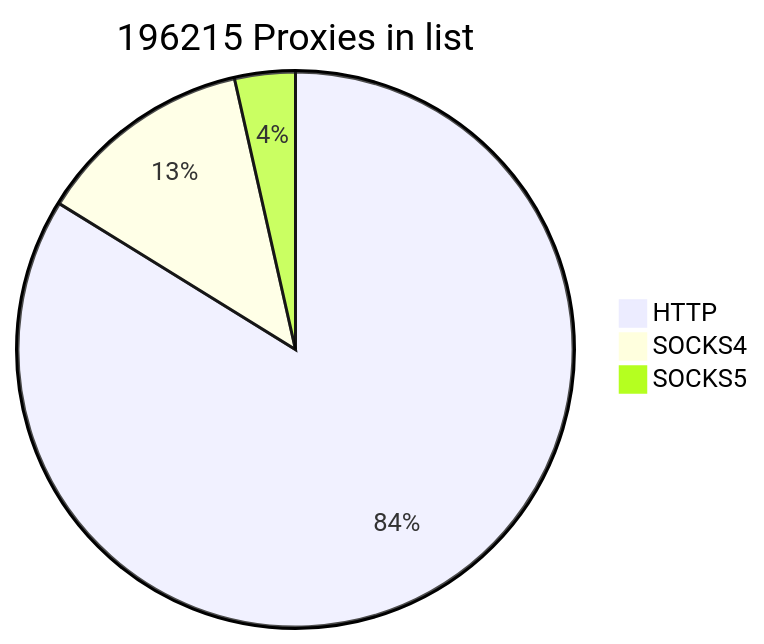
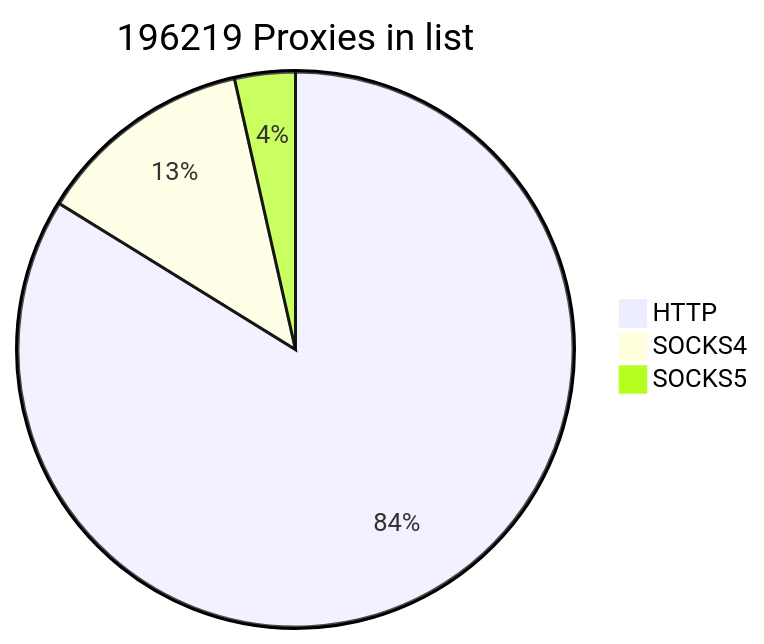
The first of 2 diagrams in README.md (cutipu/proxylist), drawn with Mermaid before and after one commit. The commit also changed other lines of this file, not shown here.

````diff
--- a/README.md
+++ b/README.md
@@ -2,7 +2,7 @@
 ```mermaid
-pie title 196215 Proxies in list
-    "HTTP" : 164445
-    "SOCKS4" : 24849
-    "SOCKS5" : 6921
+pie title 196219 Proxies in list
+    "HTTP" : 164449
+    "SOCKS4" : 24847
+    "SOCKS5" : 6923
             
 ```
````
